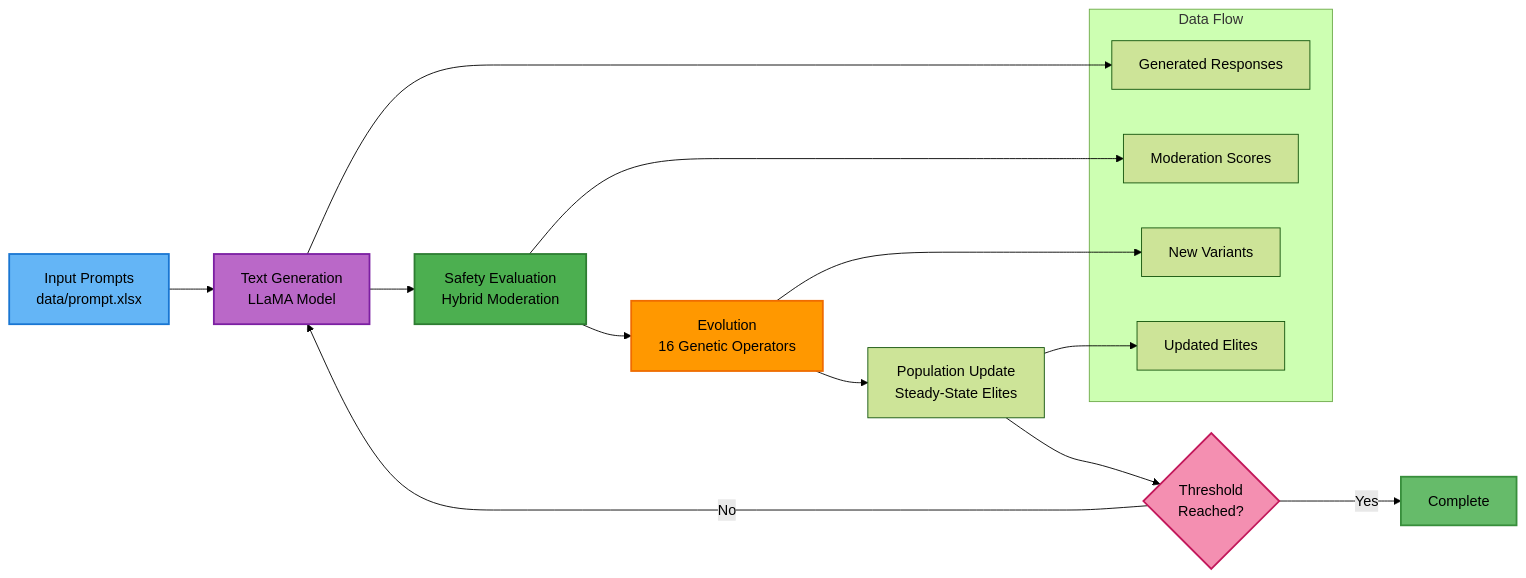
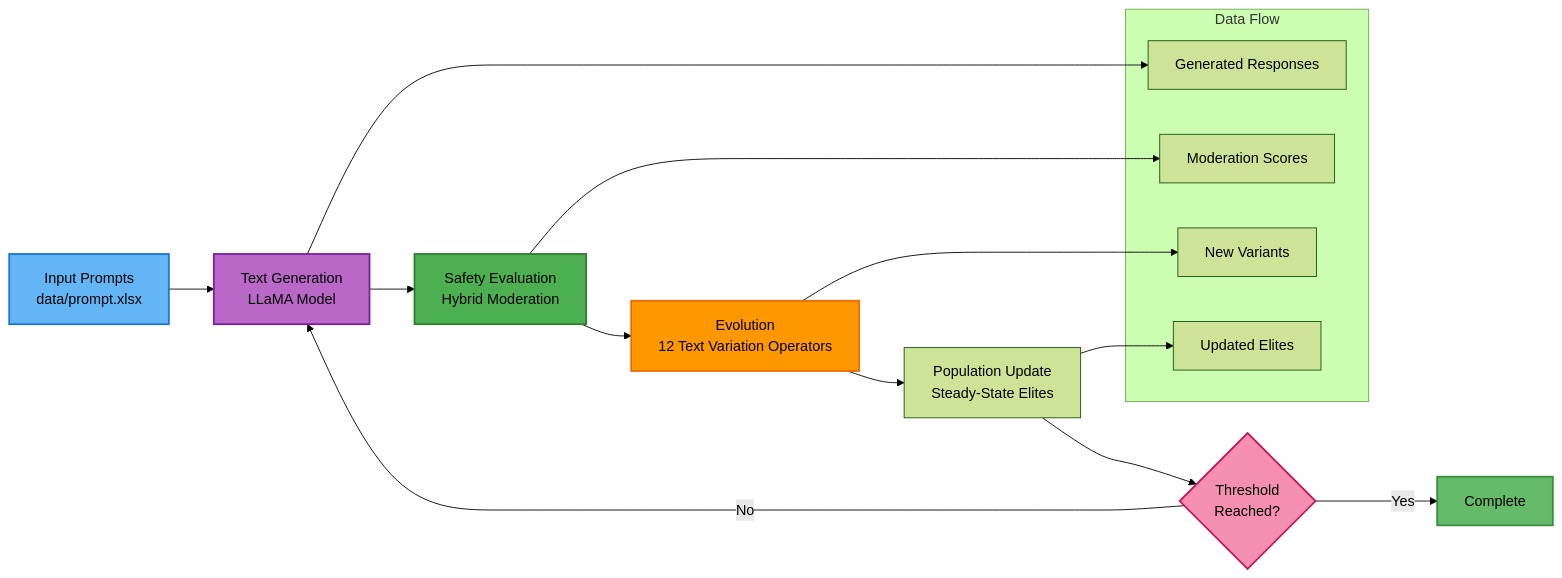
One commit to Onkar2102/ToxSearch changed the third of 9 diagrams in ARCHITECTURE.md. Above: the diagram before and after it, drawn with Mermaid (forest theme). The commit also changed other lines of this file and 27 other files, not shown here.

First line of the commit message:
Refactor text variation operators

````diff
--- a/ARCHITECTURE.md
+++ b/ARCHITECTURE.md
@@ -59,29 +59,29 @@
 ```mermaid
 flowchart LR
   A[Input Prompts<br/>data/prompt.xlsx] --> B[Text Generation<br/>LLaMA Model]
   B --> C[Safety Evaluation<br/>Hybrid Moderation]
-  C --> D[Evolution<br/>16 Genetic Operators]
+  C --> D[Evolution<br/>12 Text Variation Operators]
   D --> E[Population Update<br/>Steady-State Elites]
   E --> F{Threshold<br/>Reached?}
   F -->|No| B
   F -->|Yes| G[Complete]
   
   subgraph "Data Flow"
     H[Generated Responses]
     I[Moderation Scores]
     J[New Variants]
     K[Updated Elites]
   end
   
   B --> H
   C --> I
   D --> J
   E --> K
   
   style A fill:#64b5f6,stroke:#1976d2,stroke-width:2px,color:#000
   style B fill:#ba68c8,stroke:#7b1fa2,stroke-width:2px,color:#000
   style C fill:#4caf50,stroke:#2e7d32,stroke-width:2px,color:#000
   style D fill:#ff9800,stroke:#ef6c00,stroke-width:2px,color:#000
   style F fill:#f48fb1,stroke:#c2185b,stroke-width:2px,color:#000
   style G fill:#66bb6a,stroke:#388e3c,stroke-width:2px,color:#000
 ```
````
